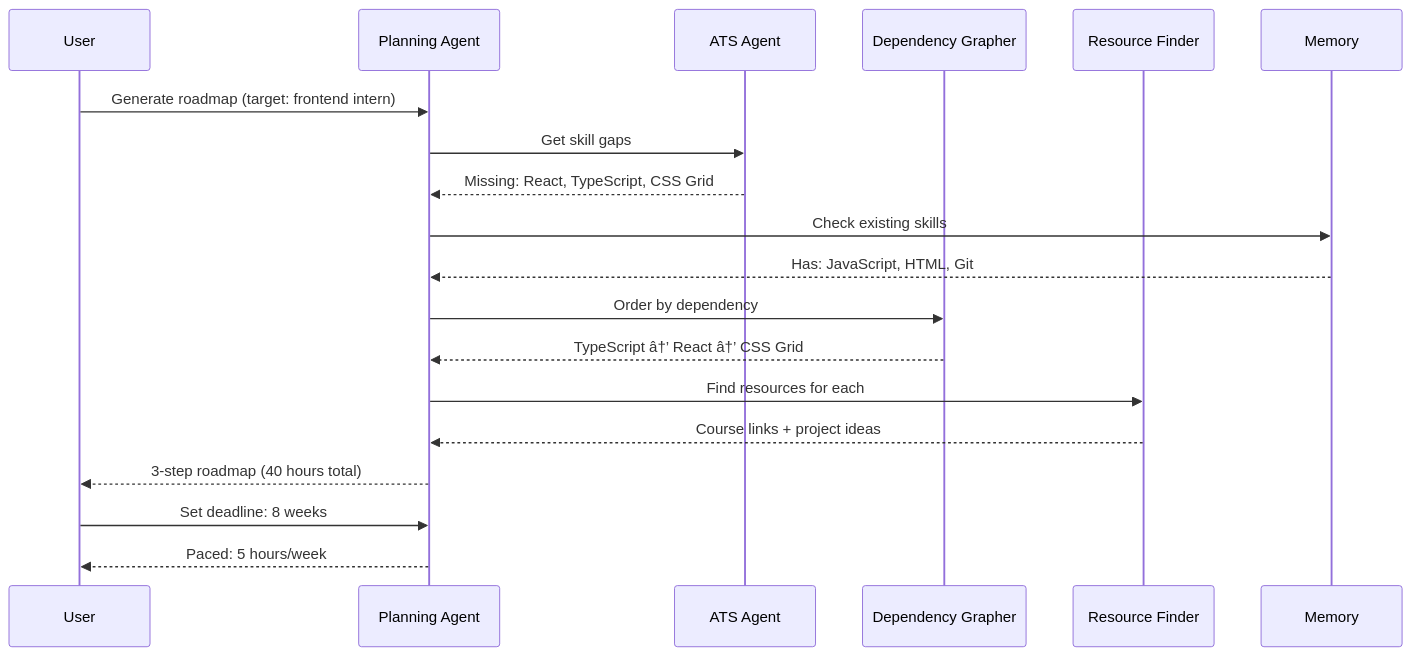
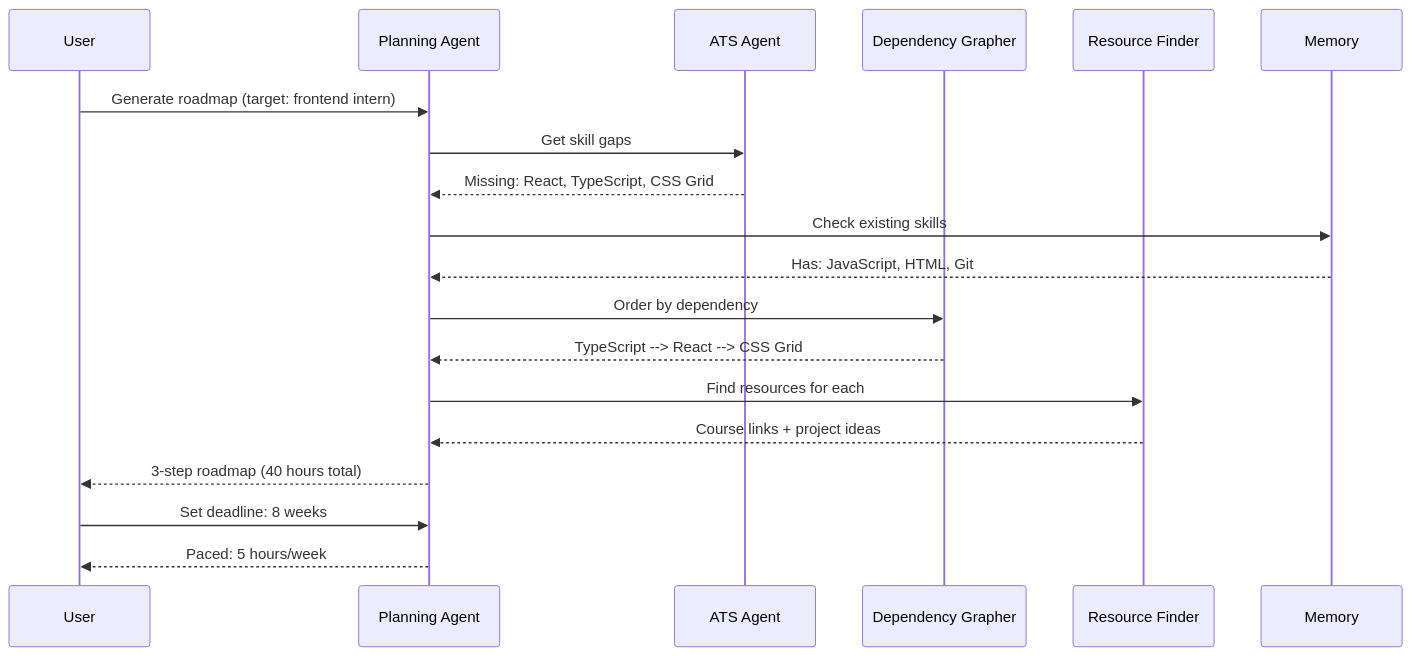
Before and after one commit to Driftloom/Vaeloom: the second of 2 diagrams in Docs/Product/Feature-Specs/Learning-Roadmap.md, drawn with Mermaid. The commit also changed other lines of this file and 31 other files, not shown here.

Commit message:
docs(product): add PRD, roadmap, user-stories, personas, specs, and strategy

````diff
--- a/Docs/Product/Feature-Specs/Learning-Roadmap.md
+++ b/Docs/Product/Feature-Specs/Learning-Roadmap.md
@@ -198,22 +198,22 @@
 ```mermaid
 sequenceDiagram
     participant U as User
     participant PA as Planning Agent
     participant ATS as ATS Agent
     participant DG as Dependency Grapher
     participant RF as Resource Finder
     participant MEM as Memory
 
     U->>PA: Generate roadmap (target: frontend intern)
     PA->>ATS: Get skill gaps
     ATS-->>PA: Missing: React, TypeScript, CSS Grid
     PA->>MEM: Check existing skills
     MEM-->>PA: Has: JavaScript, HTML, Git
     PA->>DG: Order by dependency
-    DG-->>PA: TypeScript â†’ React â†’ CSS Grid
+    DG-->>PA: TypeScript --> React --> CSS Grid
     PA->>RF: Find resources for each
     RF-->>PA: Course links + project ideas
     PA-->>U: 3-step roadmap (40 hours total)
     U->>PA: Set deadline: 8 weeks
     PA-->>U: Paced: 5 hours/week
 ```
````
